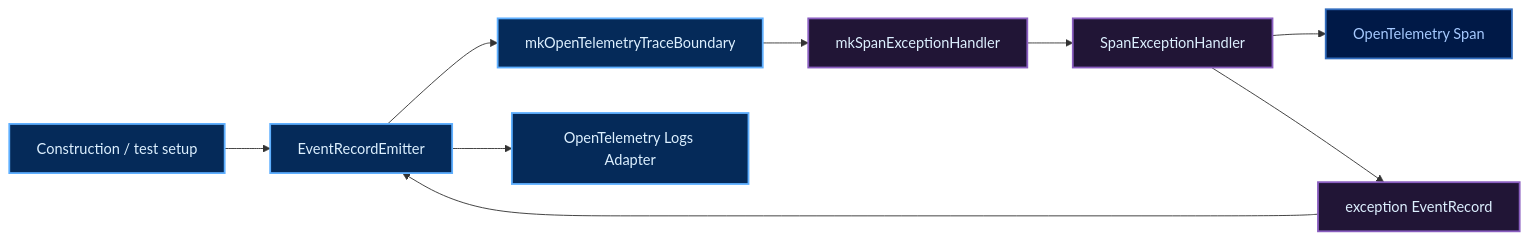
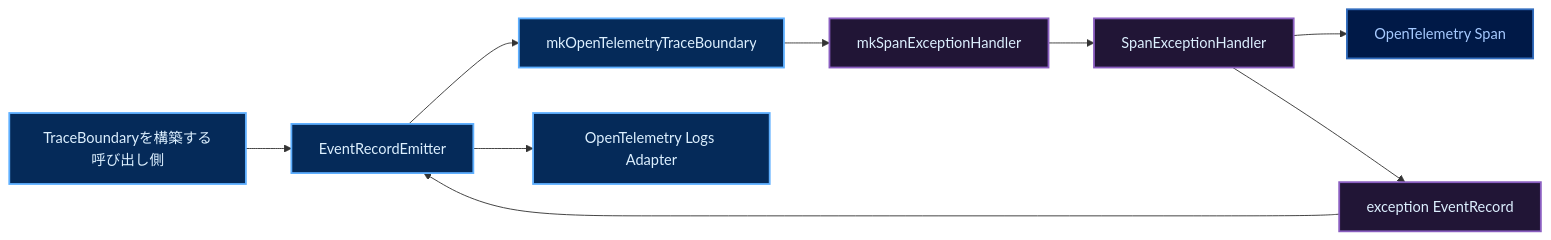
The fourth of 4 diagrams in Notes/RAGScope/RAGScopeアプリケーション/RAGScopeアプリケーション Haskellライブラリ・モジュールマップ.md (takashit16833/Workbench), drawn with Mermaid before and after one commit. The commit also changed other lines of this file, not shown here.

````diff
--- a/Notes/RAGScope/RAGScopeアプリケーション/RAGScopeアプリケーション Haskellライブラリ・モジュールマップ.md
+++ b/Notes/RAGScope/RAGScopeアプリケーション/RAGScopeアプリケーション Haskellライブラリ・モジュールマップ.md
@@ -198,28 +174,28 @@
 ```mermaid
 flowchart LR
-  caller["Construction / test setup"]
+  caller["TraceBoundaryを構築する呼び出し側"]
   emitter["EventRecordEmitter"]
   mkTrace["mkOpenTelemetryTraceBoundary"]
   mkHandler["mkSpanExceptionHandler"]
   handler["SpanExceptionHandler"]
   span["OpenTelemetry Span"]
   event["exception EventRecord"]
   logs["OpenTelemetry Logs Adapter"]
 
   caller --> emitter
   emitter --> mkTrace
   mkTrace --> mkHandler
   mkHandler --> handler
   handler --> span
   handler --> event
   event --> emitter
   emitter --> logs
 
   classDef public fill:#052A59,stroke:#5EAFFF,color:#DDF0FF,stroke-width:2px
   classDef private fill:#211536,stroke:#8A5EC0,color:#DDF0FF,stroke-width:2px
   classDef external fill:#001947,stroke:#316CBD,color:#A6CAFF,stroke-width:2px
 
   class caller,emitter,mkTrace,logs public
   class mkHandler,handler,event private
   class span external
 ```
````
